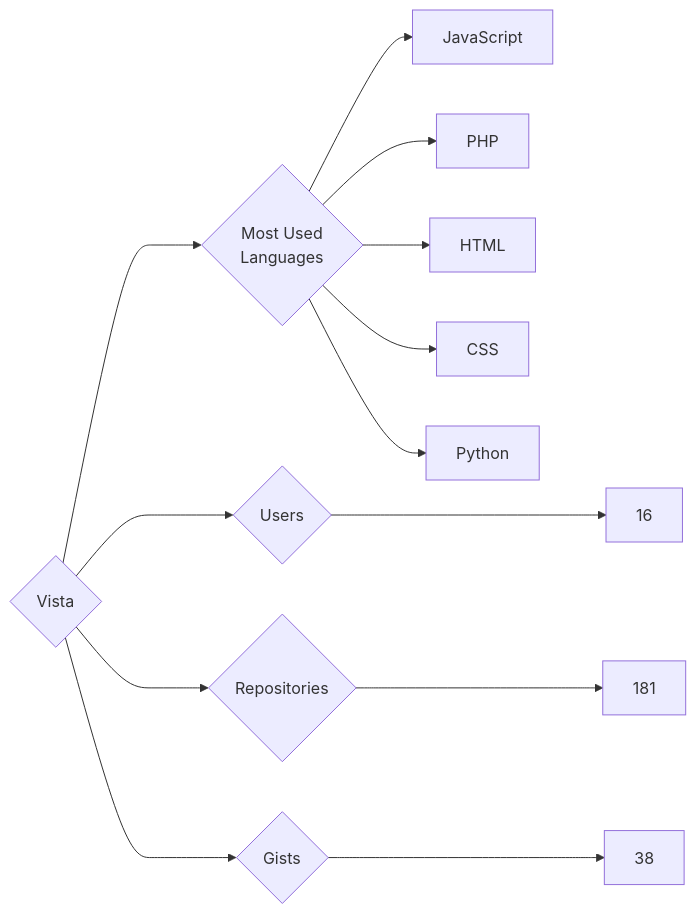
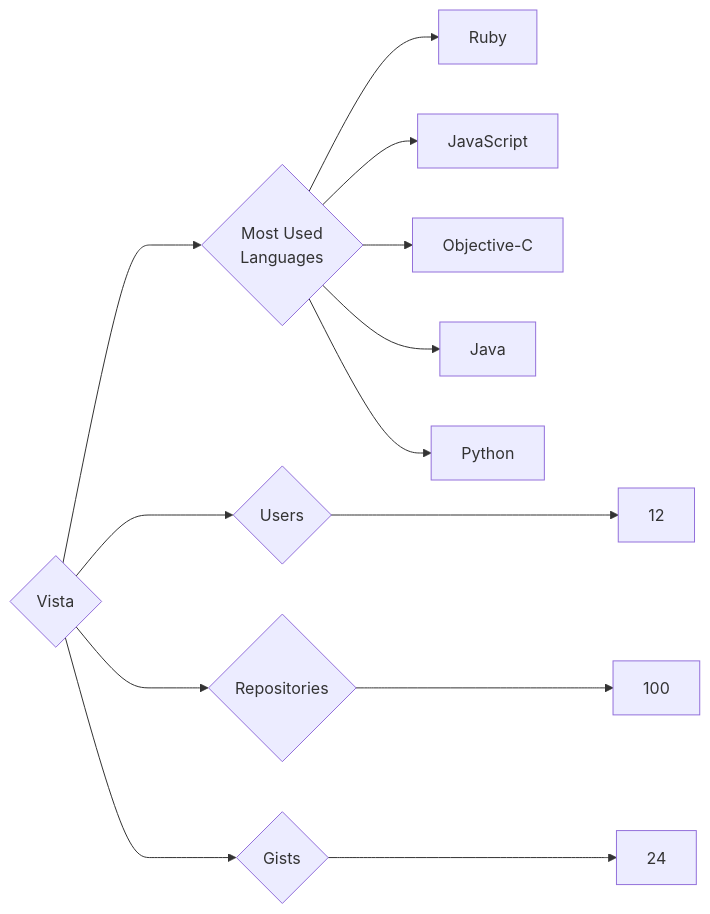
The diagram in targets/Vista/README.md (trickest/insiders), drawn with Mermaid before and after one commit. The commit also changed 973 other files, not shown here.

````diff
--- a/targets/Vista/README.md
+++ b/targets/Vista/README.md
@@ -3,13 +3,13 @@
 ```mermaid
 graph LR
 COMPANY_NAME{Vista}
-COMPANY_NAME ---> U{Users} ---> UN[16]
-COMPANY_NAME ---> R{Repositories} ---> RN[181]
-COMPANY_NAME ---> G{Gists} ---> GN[38]
+COMPANY_NAME ---> U{Users} ---> UN[12]
+COMPANY_NAME ---> R{Repositories} ---> RN[100]
+COMPANY_NAME ---> G{Gists} ---> GN[24]
 COMPANY_NAME ---> ML{Most Used<br>Languages}
+ML --> Ruby[Ruby]
 ML --> JavaScript[JavaScript]
-ML --> PHP[PHP]
-ML --> HTML[HTML]
-ML --> CSS[CSS]
+ML --> Objective-C[Objective-C]
+ML --> Java[Java]
 ML --> Python[Python]
 ```
````
